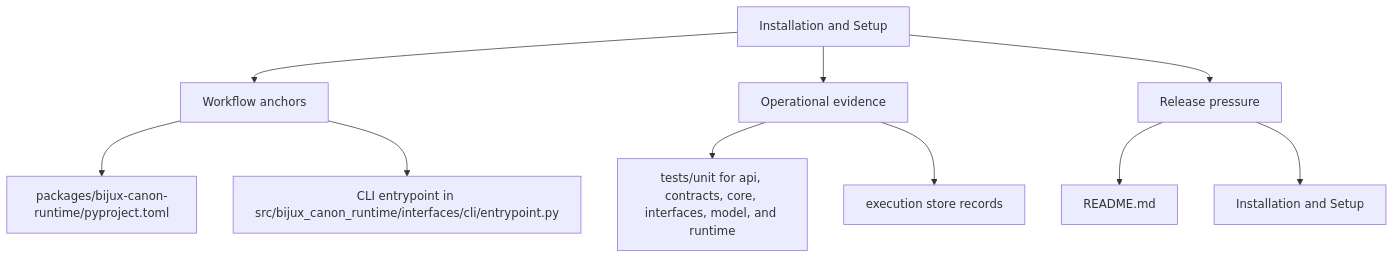
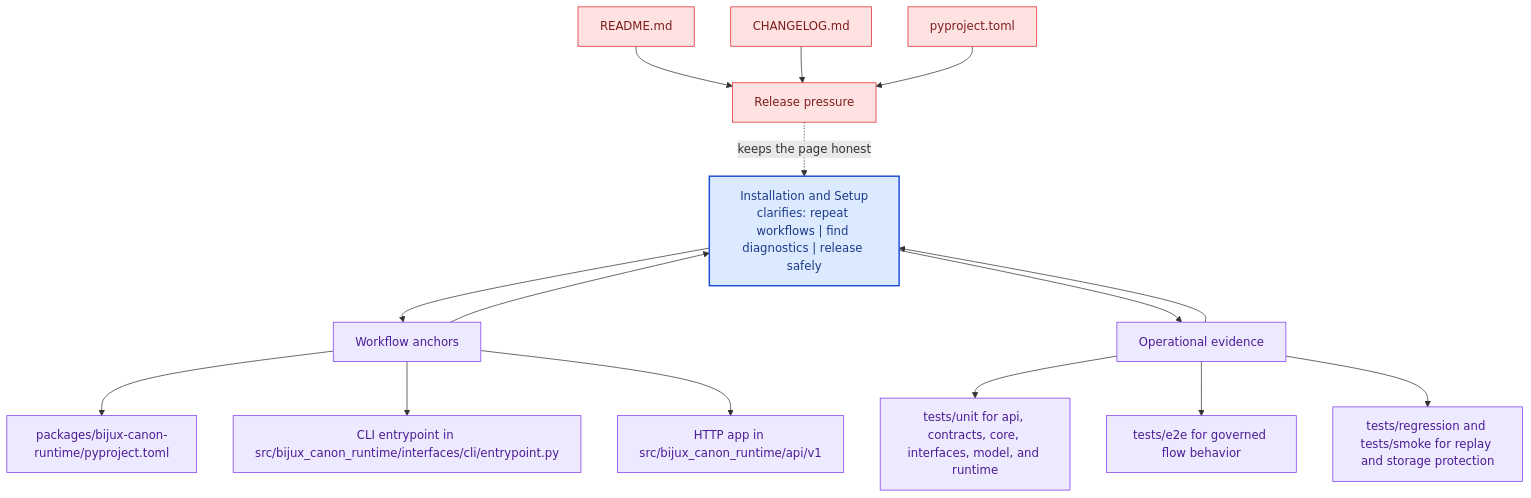
Before and after one commit to bijux/bijux-canon: the second of 2 diagrams in docs/bijux-canon-runtime/operations/installation-and-setup.md, drawn with Mermaid. The commit also changed other lines of this file and 281 other files, not shown here.

Commit message:
docs(diagrams): deepen handbook mermaid maps across the catalog

````diff
--- a/docs/bijux-canon-runtime/operations/installation-and-setup.md
+++ b/docs/bijux-canon-runtime/operations/installation-and-setup.md
@@ -35,22 +68,41 @@
 ```mermaid
-flowchart TD
-    page["Installation and Setup"]
+flowchart TB
+    promise["Installation and Setup<br/>clarifies: repeat workflows | find diagnostics | release safely"]
+    classDef promise fill:#dbeafe,stroke:#1d4ed8,color:#1e3a8a,stroke-width:2px;
+    classDef driver fill:#dcfce7,stroke:#16a34a,color:#14532d;
+    classDef constraint fill:#fee2e2,stroke:#dc2626,color:#7f1d1d;
+    classDef ground fill:#ede9fe,stroke:#7c3aed,color:#4c1d95;
     focus1["Workflow anchors"]
-    page --> focus1
+    focus1 --> promise
+    promise --> focus1
     focus1_1["packages/bijux-canon-runtime/pyproject.toml"]
     focus1 --> focus1_1
     focus1_2["CLI entrypoint in src/bijux_canon_runtime/interfaces/cli/entrypoint.py"]
     focus1 --> focus1_2
+    focus1_3["HTTP app in src/bijux_canon_runtime/api/v1"]
+    focus1 --> focus1_3
+    class focus1 ground;
+    class focus1_1,focus1_2,focus1_3 ground;
     focus2["Operational evidence"]
-    page --> focus2
+    focus2 --> promise
+    promise --> focus2
     focus2_1["tests/unit for api, contracts, core, interfaces, model, and runtime"]
     focus2 --> focus2_1
-    focus2_2["execution store records"]
+    focus2_2["tests/e2e for governed flow behavior"]
     focus2 --> focus2_2
+    focus2_3["tests/regression and tests/smoke for replay and storage protection"]
+    focus2 --> focus2_3
+    class focus2 ground;
+    class focus2_1,focus2_2,focus2_3 ground;
     focus3["Release pressure"]
-    page --> focus3
+    focus3 -.keeps the page honest.-> promise
     focus3_1["README.md"]
-    focus3 --> focus3_1
-    focus3_2["Installation and Setup"]
-    focus3 --> focus3_2
+    focus3_1 --> focus3
+    focus3_2["CHANGELOG.md"]
+    focus3_2 --> focus3
+    focus3_3["pyproject.toml"]
+    focus3_3 --> focus3
+    class focus3 constraint;
+    class focus3_1,focus3_2,focus3_3 constraint;
+    class promise promise;
 ```
````
